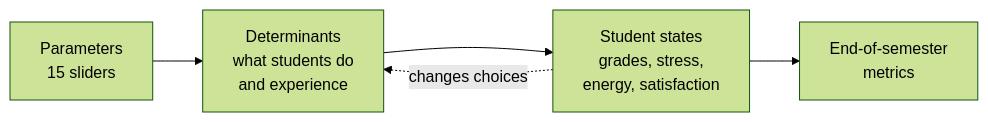
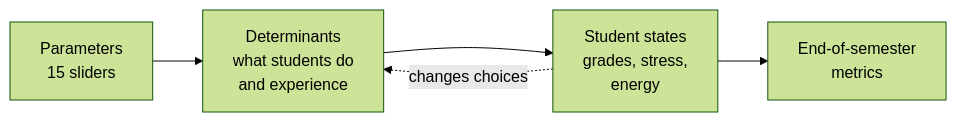
The diagram in docs/PARAMETERS.md (hayyaan123/University-Simulator---FYP), drawn with Mermaid (forest theme) before and after one commit. The commit also changed other lines of this file and 6 other files, not shown here.

````diff
--- a/docs/PARAMETERS.md
+++ b/docs/PARAMETERS.md
@@ -11,7 +11,7 @@
 ```mermaid
 flowchart LR
     P[Parameters<br/>15 sliders] --> D[Determinants<br/>what students do<br/>and experience]
-    D --> S[Student states<br/>grades, stress,<br/>energy, satisfaction]
+    D --> S[Student states<br/>grades, stress,<br/>energy]
     S --> M[End-of-semester<br/>metrics]
     S -. changes choices .-> D
 ```
````
